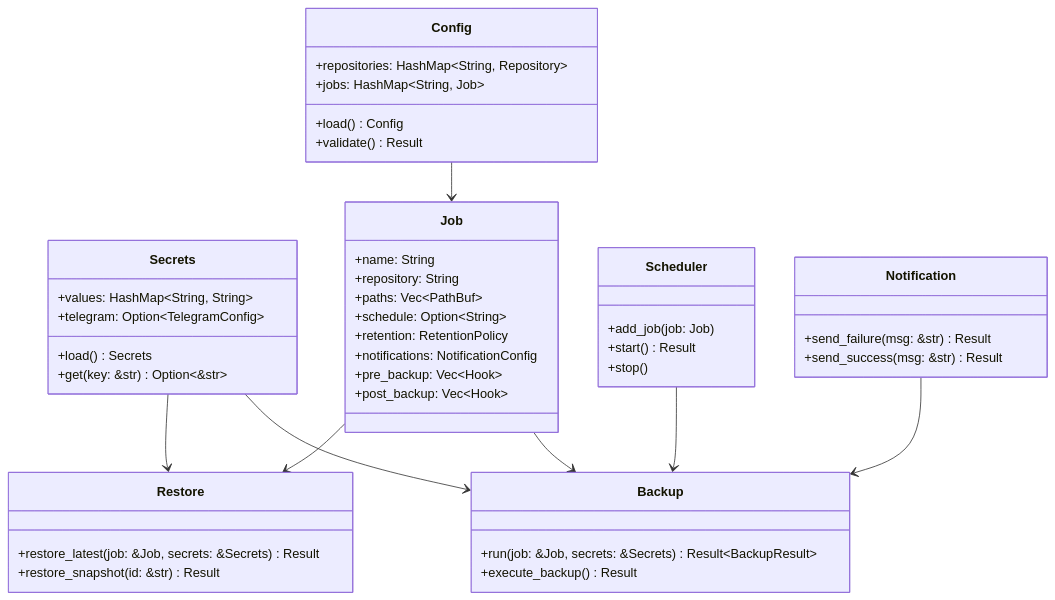
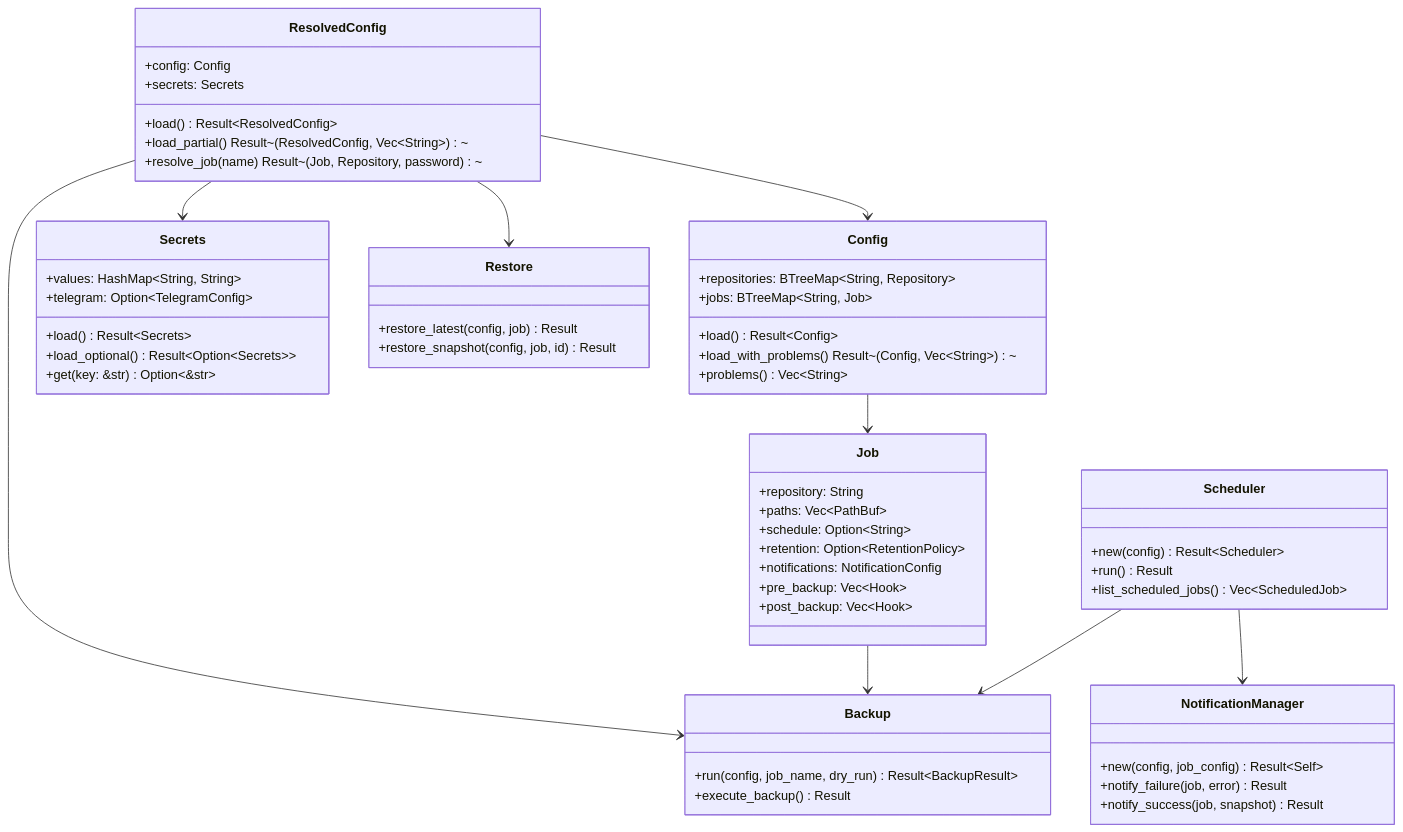
Before and after one commit to gdellis/restic-manager: the second of 4 diagrams in DESIGN.md, drawn with Mermaid. The commit also changed other lines of this file and 1 other file, not shown here.

First line of the commit message:
docs: refresh README and DESIGN architecture diagrams (#148)

````diff
--- a/DESIGN.md
+++ b/DESIGN.md
@@ -59,56 +61,67 @@
 ```mermaid
 classDiagram
     class Config {
-        +repositories: HashMap~String, Repository~
-        +jobs: HashMap~String, Job~
-        +load() Config
-        +validate() Result
+        +repositories: BTreeMap~String, Repository~
+        +jobs: BTreeMap~String, Job~
+        +load() Result~Config~
+        +load_with_problems() Result~(Config, Vec~String~)~
+        +problems() Vec~String~
+    }
+
+    class ResolvedConfig {
+        +config: Config
+        +secrets: Secrets
+        +load() Result~ResolvedConfig~
+        +load_partial() Result~(ResolvedConfig, Vec~String~)~
+        +resolve_job(name) Result~(Job, Repository, password)~
     }
 
     class Secrets {
         +values: HashMap~String, String~
         +telegram: Option~TelegramConfig~
-        +load() Secrets
+        +load() Result~Secrets~
+        +load_optional() Result~Option~Secrets~~
         +get(key: &str) Option~&str~
     }
 
     class Job {
-        +name: String
         +repository: String
         +paths: Vec~PathBuf~
         +schedule: Option~String~
-        +retention: RetentionPolicy
+        +retention: Option~RetentionPolicy~
         +notifications: NotificationConfig
         +pre_backup: Vec~Hook~
         +post_backup: Vec~Hook~
     }
 
     class Backup {
-        +run(job: &Job, secrets: &Secrets) Result~BackupResult~
+        +run(config, job_name, dry_run) Result~BackupResult~
         +execute_backup() Result
     }
 
     class Restore {
-        +restore_latest(job: &Job, secrets: &Secrets) Result
-        +restore_snapshot(id: &str) Result
+        +restore_latest(config, job) Result
+        +restore_snapshot(config, job, id) Result
     }
 
     class Scheduler {
-        +add_job(job: Job)
-        +start() Result
-        +stop()
+        +new(config) Result~Scheduler~
+        +run() Result
+        +list_scheduled_jobs() Vec~ScheduledJob~
     }
 
-    class Notification {
-        +send_failure(msg: &str) Result
-        +send_success(msg: &str) Result
+    class NotificationManager {
+        +new(config, job_config) Result~Self~
+        +notify_failure(job, error) Result
+        +notify_success(job, snapshot) Result
     }
 
     Config --> Job
-    Secrets --> Backup
-    Secrets --> Restore
+    ResolvedConfig --> Config
+    ResolvedConfig --> Secrets
+    ResolvedConfig --> Backup
+    ResolvedConfig --> Restore
     Job --> Backup
-    Job --> Restore
     Scheduler --> Backup
-    Notification --> Backup
+    Scheduler --> NotificationManager
 ```
````
